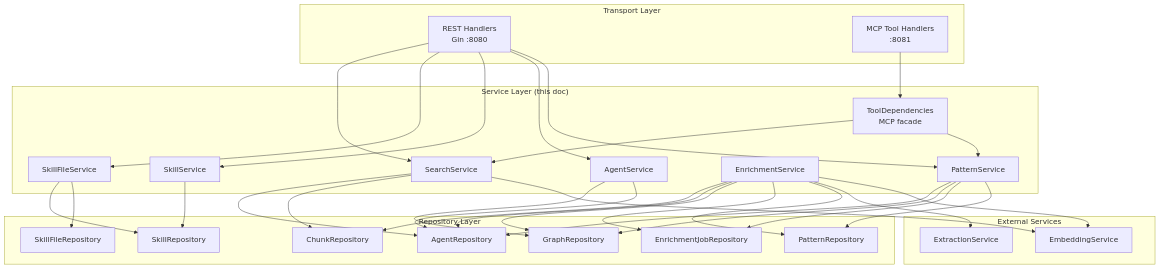
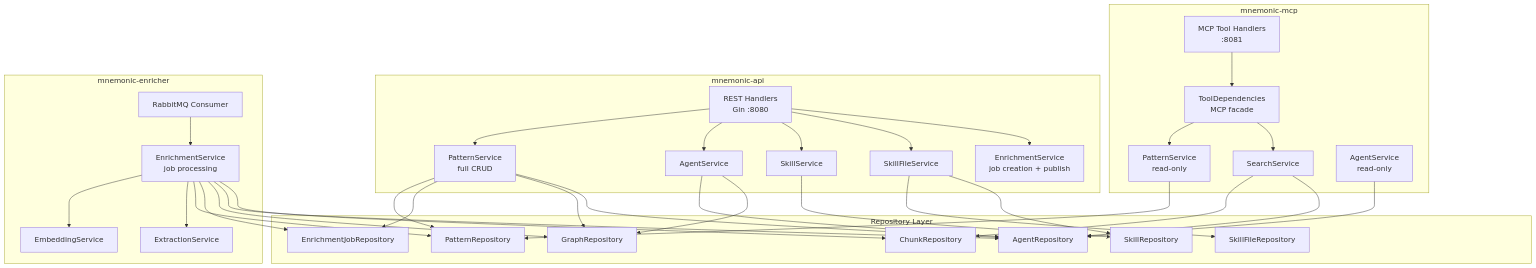
Before and after one commit to twistingmercury/mnemonic-docs: the first of 3 diagrams in docs/design/service-layer.md, drawn with Mermaid. The commit also changed other lines of this file, not shown here.

Commit message:
docs: update service layer design for three-service architecture

````diff
--- a/docs/design/service-layer.md
+++ b/docs/design/service-layer.md
@@ -81,63 +89,68 @@
 ```mermaid
 graph TB
-    subgraph "Transport Layer"
-        REST[REST Handlers<br/>Gin :8080]
+    subgraph "mnemonic-mcp"
         MCP[MCP Tool Handlers<br/>:8081]
+        TD[ToolDependencies<br/>MCP facade]
+        SEARCH[SearchService]
+        PS_R[PatternService<br/>read-only]
+        AS_R[AgentService<br/>read-only]
     end
 
-    subgraph "Service Layer (this doc)"
-        PS[PatternService]
+    subgraph "mnemonic-api"
+        REST[REST Handlers<br/>Gin :8080]
+        PS[PatternService<br/>full CRUD]
         AS[AgentService]
         SS[SkillService]
         SFS[SkillFileService]
-        ES[EnrichmentService]
-        SEARCH[SearchService]
-        TD[ToolDependencies<br/>MCP facade]
+        ES_PUB[EnrichmentService<br/>job creation + publish]
     end
 
-    subgraph "External Services"
+    subgraph "mnemonic-enricher"
+        CONSUMER[RabbitMQ Consumer]
+        ES_PROC[EnrichmentService<br/>job processing]
         EMB[EmbeddingService]
         EXT[ExtractionService]
     end
 
     subgraph "Repository Layer"
         PR[PatternRepository]
         AR[AgentRepository]
         SR[SkillRepository]
         SFR[SkillFileRepository]
         EJR[EnrichmentJobRepository]
         GR[GraphRepository]
         CR[ChunkRepository]
     end
 
+    MCP --> TD
+    TD --> PS_R
+    TD --> SEARCH
+    SEARCH --> CR
+    SEARCH --> AR
+    PS_R --> PR
+    AS_R --> AR
+
     REST --> PS
     REST --> AS
     REST --> SS
     REST --> SFS
-    REST --> SEARCH
-
-    MCP --> TD
-    TD --> PS
-    TD --> SEARCH
-
-    ES --> EMB
-    ES --> EXT
-    ES --> PR
-    ES --> EJR
-    ES --> GR
-    ES --> AR
-    ES --> CR
-    SEARCH --> EMB
-    SEARCH --> CR
-    SEARCH --> AR
-
+    REST --> ES_PUB
     PS --> PR
     PS --> EJR
     PS --> GR
     PS --> AR
     AS --> AR
     AS --> GR
     SS --> SR
     SFS --> SFR
     SFS --> SR
+
+    CONSUMER --> ES_PROC
+    ES_PROC --> EMB
+    ES_PROC --> EXT
+    ES_PROC --> PR
+    ES_PROC --> EJR
+    ES_PROC --> GR
+    ES_PROC --> AR
+    ES_PROC --> CR
 ```
````
